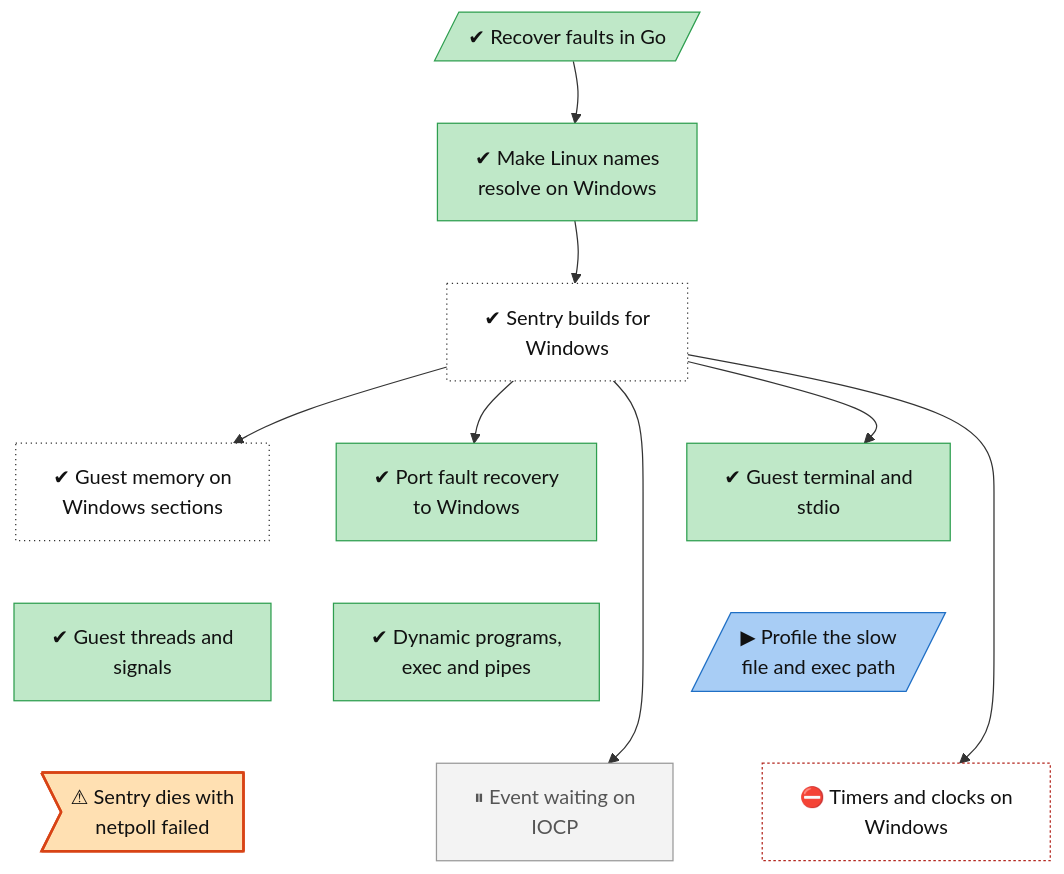
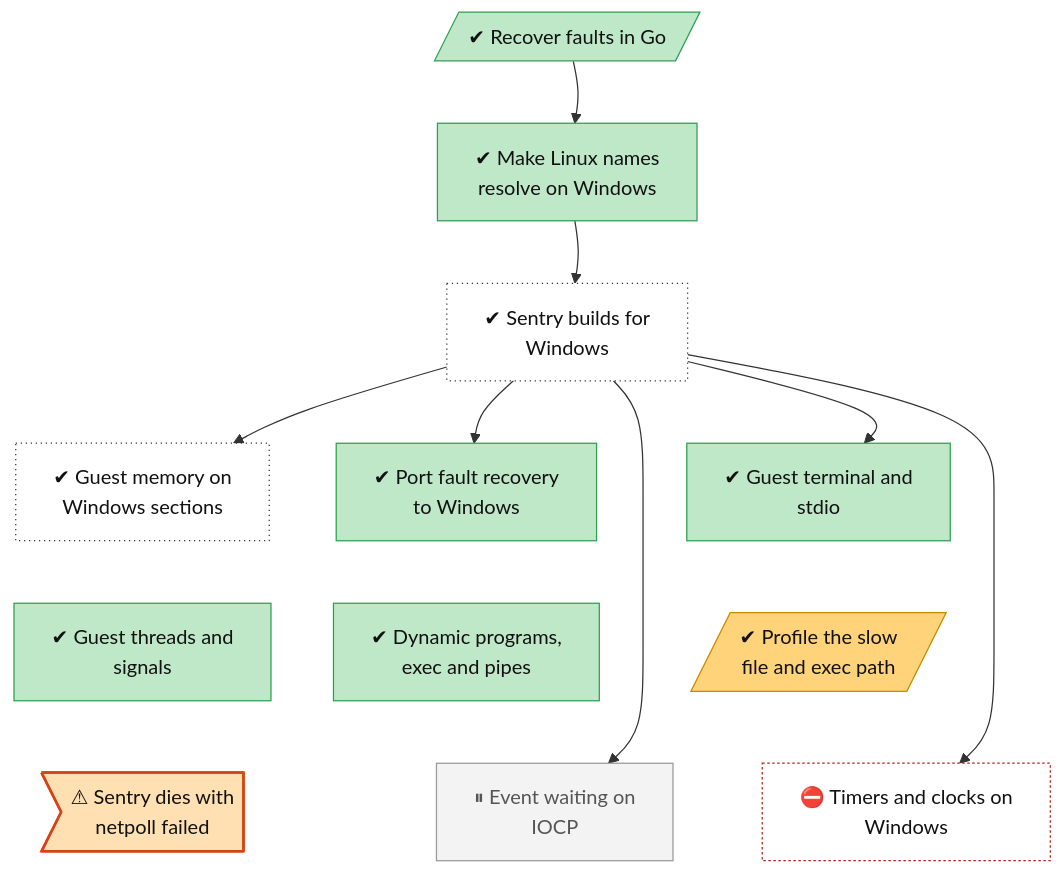
Before and after one commit to lhns/gvisor-windows: the diagram in docs/roadmap/tracks/sentry.md, drawn with Mermaid. The commit also changed other lines of this file and 23 other files, not shown here.

First line of the commit message:
Profile and speed up small files and exec (squashed sentry-profile)

````diff
--- a/docs/roadmap/tracks/sentry.md
+++ b/docs/roadmap/tracks/sentry.md
@@ -10,53 +10,53 @@
 ```mermaid
 flowchart TB
     sentry_go_fault_recovery[/"✔ Recover faults in Go"/]
     sentry_unix_shim["✔ Make Linux names<br/>resolve on Windows"]
     sentry_windows_build["✔ Sentry builds for<br/>Windows"]
     sentry_memory_file_sections["✔ Guest memory on<br/>Windows sections"]
     sentry_fault_recovery["✔ Port fault recovery<br/>to Windows"]
     sentry_host_stdio_and_tty["✔ Guest terminal and<br/>stdio"]
     sentry_threads_and_signals["✔ Guest threads and<br/>signals"]
     sentry_dynamic_elf_and_exec["✔ Dynamic programs,<br/>exec and pipes"]
-    sentry_profile_small_file_path[/"▶ Profile the slow<br/>file and exec path"/]
+    sentry_profile_small_file_path[/"✔ Profile the slow<br/>file and exec path"/]
     sentry_netpoll_failure>"⚠ Sentry dies with<br/>netpoll failed"]
     sentry_event_loop_iocp["⏸ Event waiting on<br/>IOCP"]
     sentry_timers_and_clocks["⛔ Timers and clocks on<br/>Windows"]
     sentry_go_fault_recovery ~~~ sentry_unix_shim
     sentry_unix_shim ~~~ sentry_windows_build
     sentry_windows_build ~~~ sentry_memory_file_sections
     sentry_windows_build ~~~ sentry_fault_recovery
     sentry_windows_build ~~~ sentry_host_stdio_and_tty
     sentry_memory_file_sections ~~~ sentry_threads_and_signals
     sentry_fault_recovery ~~~ sentry_dynamic_elf_and_exec
     sentry_host_stdio_and_tty ~~~ sentry_profile_small_file_path
     sentry_threads_and_signals ~~~ sentry_netpoll_failure
     sentry_dynamic_elf_and_exec ~~~ sentry_event_loop_iocp
     sentry_profile_small_file_path ~~~ sentry_timers_and_clocks
     sentry_go_fault_recovery --> sentry_unix_shim
     sentry_unix_shim --> sentry_windows_build
     sentry_windows_build --> sentry_memory_file_sections
     sentry_windows_build --> sentry_fault_recovery
     sentry_windows_build --> sentry_host_stdio_and_tty
     sentry_windows_build --> sentry_event_loop_iocp
     sentry_windows_build --> sentry_timers_and_clocks
     classDef vsucc fill:#2e9e4f,stroke:#1b6b34,color:#fff
     classDef succ fill:#bfe8c8,stroke:#2e9e4f,color:#111
     classDef mixed fill:#ffd37a,stroke:#c98a00,color:#111
     classDef bad fill:#f28b82,stroke:#b3261e,color:#111
     classDef dead fill:#e6e6e6,stroke:#777,stroke-dasharray:5 5,color:#555
     classDef inprog fill:#a8cdf5,stroke:#1f6fc5,color:#111
     classDef next fill:#fff,stroke:#333,color:#111
     classDef blocked fill:#fff,stroke:#b3261e,stroke-dasharray:2 2,color:#111
     classDef parked fill:#f3f3f3,stroke:#999,color:#555
     classDef unrated fill:#fff,stroke:#333,stroke-dasharray:1 3,color:#111
     classDef gate fill:#d9c2f0,stroke:#7b3fb5,color:#111
     classDef decided fill:#ece0f7,stroke:#7b3fb5,stroke-dasharray:2 2,color:#111
     classDef finding fill:#ffe0b2,stroke:#d84315,stroke-width:2px,color:#111
     classDef waiting fill:#e3f2fd,stroke:#1f6fc5,stroke-dasharray:5 5,color:#111
     class sentry_go_fault_recovery,sentry_unix_shim,sentry_fault_recovery,sentry_host_stdio_and_tty,sentry_threads_and_signals,sentry_dynamic_elf_and_exec succ
     class sentry_windows_build,sentry_memory_file_sections unrated
-    class sentry_profile_small_file_path inprog
+    class sentry_profile_small_file_path mixed
     class sentry_netpoll_failure finding
     class sentry_event_loop_iocp parked
     class sentry_timers_and_clocks blocked
 ```
````
